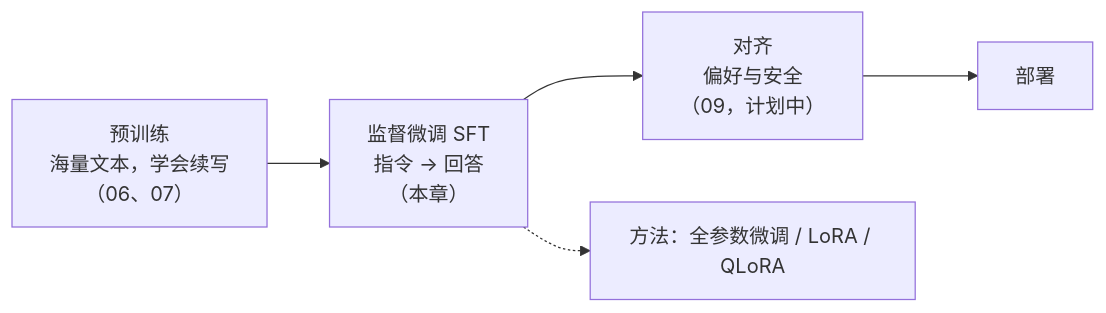
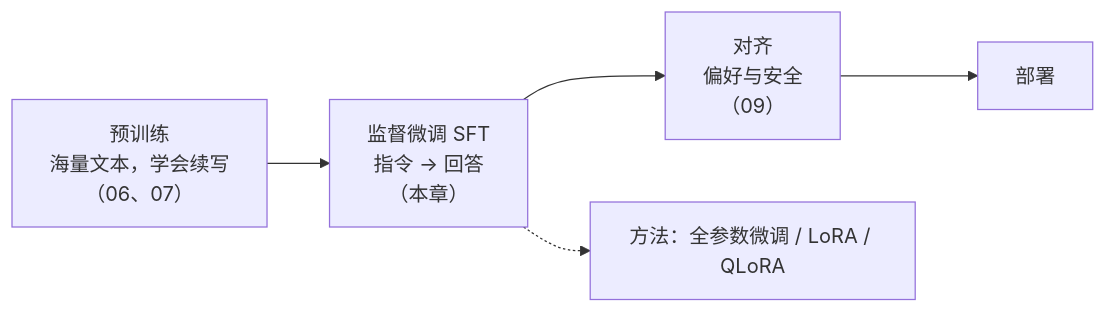
The first of 2 diagrams in docs/08-finetuning/README.md (BaiYuBY/use_token_to_learn), drawn with Mermaid before and after one commit. The commit also changed other lines of this file and 30 other files, not shown here.

````diff
--- a/docs/08-finetuning/README.md
+++ b/docs/08-finetuning/README.md
@@ -25,5 +25,5 @@
 ```mermaid
 flowchart LR
-    P["预训练<br/>海量文本，学会续写<br/>（06、07）"] --> S["监督微调 SFT<br/>指令 → 回答<br/>（本章）"] --> A["对齐<br/>偏好与安全<br/>（09，计划中）"] --> D["部署"]
+    P["预训练<br/>海量文本，学会续写<br/>（06、07）"] --> S["监督微调 SFT<br/>指令 → 回答<br/>（本章）"] --> A["对齐<br/>偏好与安全<br/>（09）"] --> D["部署"]
     S -.-> M["方法：全参数微调 / LoRA / QLoRA"]
 ```
````
